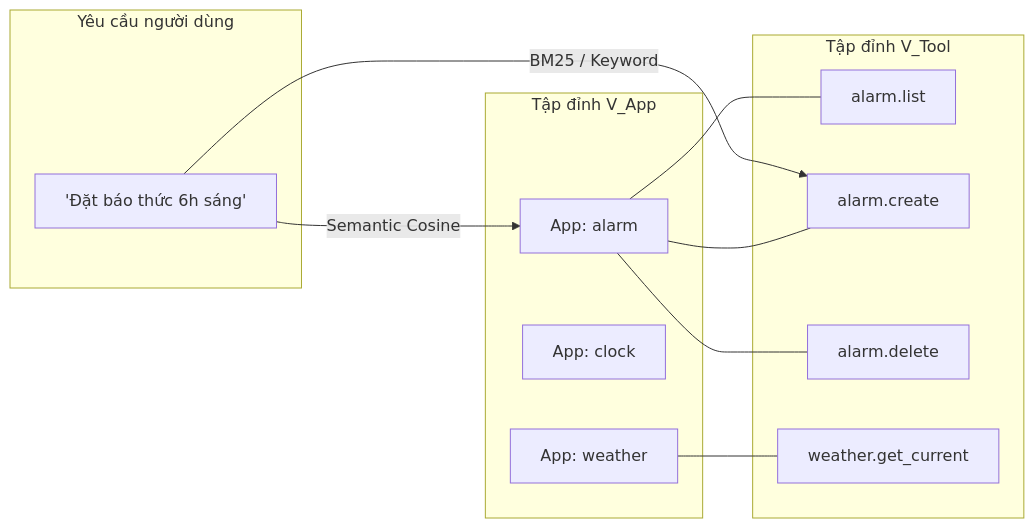
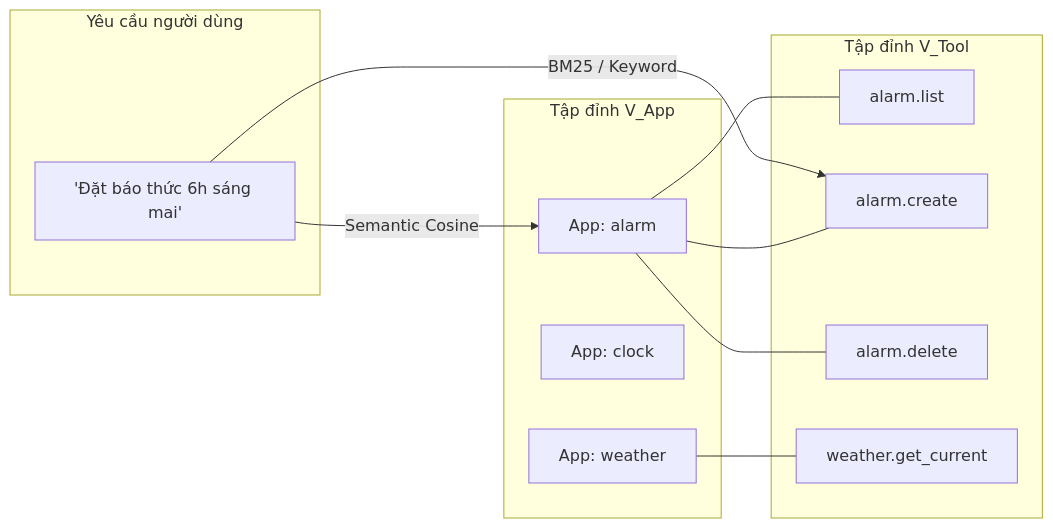
One commit to Vincent-1512/ZALO_AI_CHALLENGE_2026 changed the first of 2 diagrams in DOCS_TWO_GRAPHS_ARCHITECTURE.md. Above: the diagram before and after it, drawn with Mermaid. The commit also changed other lines of this file and 1 other file, not shown here.

Commit message:
docs: streamline architecture to ToolNet Bipartite Graph, delegating reasoning to DeepSeek-R1-1.5B

````diff
--- a/DOCS_TWO_GRAPHS_ARCHITECTURE.md
+++ b/DOCS_TWO_GRAPHS_ARCHITECTURE.md
@@ -82,26 +28,26 @@
 ```mermaid
 graph LR
     subgraph Query ["Yêu cầu người dùng"]
-        Q["'Đặt báo thức 6h sáng'"]
+        Q["'Đặt báo thức 6h sáng mai'"]
     end
 
     subgraph Apps ["Tập đỉnh V_App"]
         AppAlarm["App: alarm"]
         AppClock["App: clock"]
         AppWeather["App: weather"]
     end
 
     subgraph Tools ["Tập đỉnh V_Tool"]
         ToolList["alarm.list"]
         ToolCreate["alarm.create"]
         ToolDelete["alarm.delete"]
         ToolOther["weather.get_current"]
     end
 
     Q --"Semantic Cosine"--> AppAlarm
     Q --"BM25 / Keyword"--> ToolCreate
     AppAlarm --- ToolList
     AppAlarm --- ToolCreate
     AppAlarm --- ToolDelete
     AppWeather --- ToolOther
 ```
````
